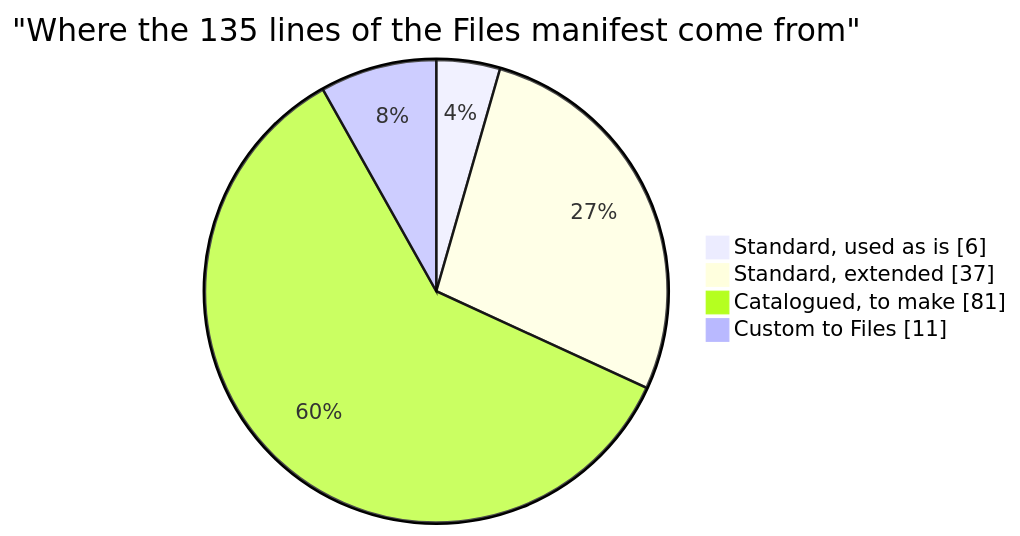
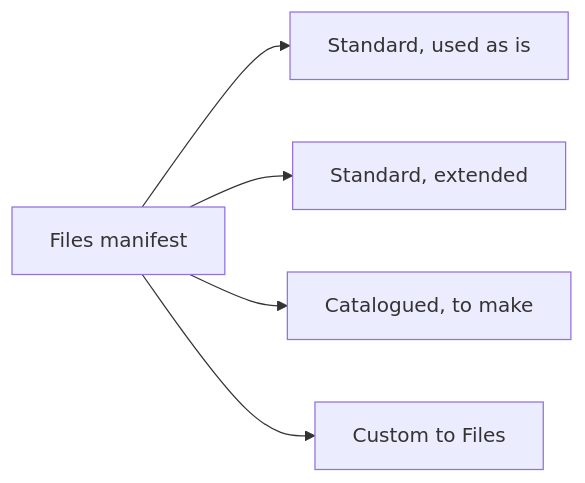
One commit to russlittle/ZTHR changed the sixth of 8 diagrams in intent/papers/the-line.md. Above: the diagram before and after it, drawn with Mermaid. The commit also changed other lines of this file and 13 other files, not shown here.

````diff
--- a/intent/papers/the-line.md
+++ b/intent/papers/the-line.md
@@ -216,7 +280,7 @@
 ```mermaid
-pie showData title "Where the 135 lines of the Files manifest come from"
-  "Standard, used as is" : 6
-  "Standard, extended" : 37
-  "Catalogued, to make" : 81
-  "Custom to Files" : 11
+flowchart LR
+  M[Files manifest] --> A["Standard, used as is"]
+  M --> B["Standard, extended"]
+  M --> C["Catalogued, to make"]
+  M --> D["Custom to Files"]
 ```
````
